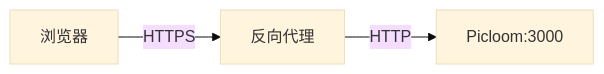
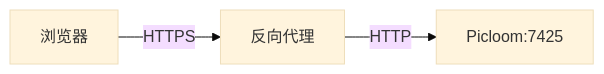
Before and after one commit to llleixx/picloom: the diagram in docs/operations/proxy.md, drawn with Mermaid (base theme). The commit also changed other lines of this file and 14 other files, not shown here.

````diff
--- a/docs/operations/proxy.md
+++ b/docs/operations/proxy.md
@@ -7,5 +7,5 @@
 ```mermaid
 flowchart LR
     A[浏览器] -->|HTTPS| B[反向代理]
-    B -->|HTTP| C[Picloom:3000]
+    B -->|HTTP| C[Picloom:7425]
 ```
````
